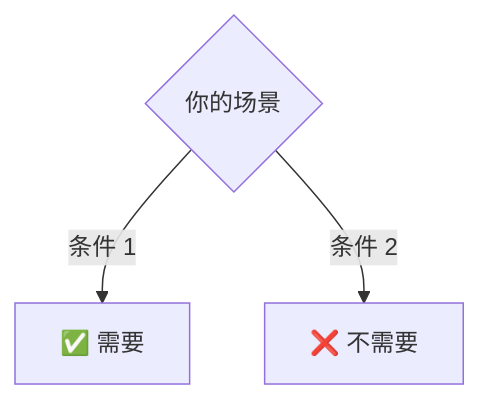
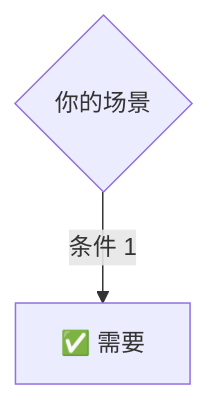
The first of 7 diagrams in 治理/Document_Templates.md (CloudManHQ/CloudMaster), drawn with Mermaid before and after one commit. The commit also changed 186 other files, not shown here.

````diff
--- a/治理/Document_Templates.md
+++ b/治理/Document_Templates.md
@@ -510,5 +510,4 @@
 ```mermaid
 flowchart TB
  A{你的场景} -->|条件 1| B[✅ 需要]
- A -->|条件 2| C[❌ 不需要]
 ```
````
